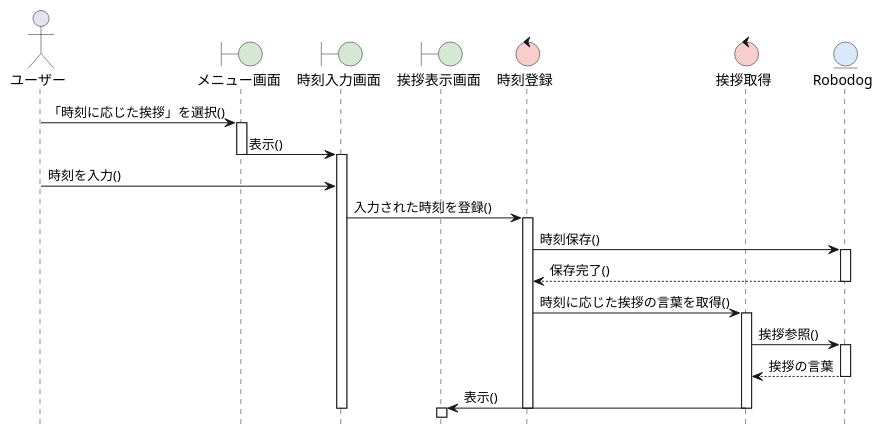
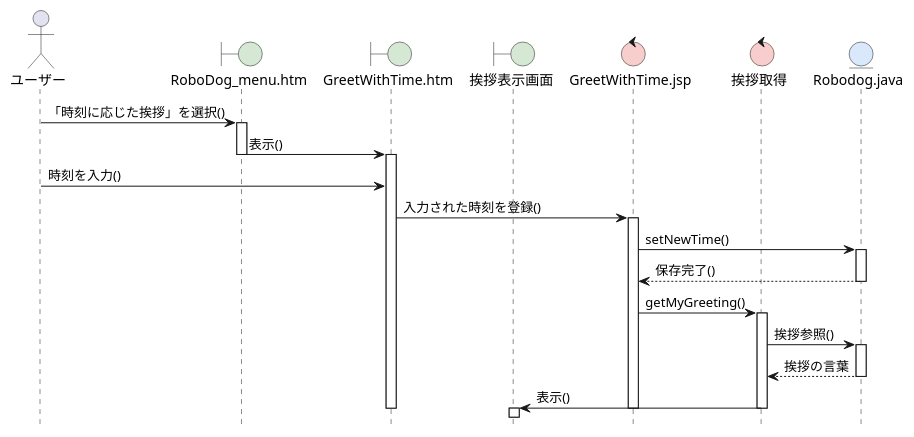
One commit to n4tuki/OharaUML changed the diagram in 9月16日_資料/9月16日_資料/06_robo_dog/sequence_02_greeting.pu. Above: the diagram before and after it, drawn with PlantUML. The commit also changed 7 other files, not shown here.

```diff
--- a/9月16日_資料/9月16日_資料/06_robo_dog/sequence_02_greeting.pu
+++ b/9月16日_資料/9月16日_資料/06_robo_dog/sequence_02_greeting.pu
@@ -1,44 +1,44 @@
 @startuml RoboDogシステム-時刻に応じた挨拶シーケンス図
 hide footbox
 skinparam boundaryBackgroundColor #D5E8D4
 skinparam controlBackgroundColor  #F8CECC
 skinparam entityBackgroundColor   #DAE8FC
 
 actor ユーザー as A
-boundary メニュー画面 as B1
-boundary 時刻入力画面 as B2
+boundary RoboDog_menu.htm as B1
+boundary GreetWithTime.htm as B2
 boundary 挨拶表示画面 as B3
-control 時刻登録 as C1
+control GreetWithTime.jsp as C1
 control 挨拶取得 as C2
-entity Robodog as E
+entity Robodog.java as E
 
 A -> B1: 「時刻に応じた挨拶」を選択()
 activate B1
 
 B1 -> B2: 表示()
 deactivate B1
 activate B2
 
 A -> B2: 時刻を入力()
 
 B2 -> C1: 入力された時刻を登録()
 activate C1
-C1 -> E: 時刻保存()
+C1 -> E: setNewTime()
 activate E
 E --> C1: 保存完了()
 deactivate E
 
-C1 -> C2: 時刻に応じた挨拶の言葉を取得()
+C1 -> C2: getMyGreeting()
 activate C2
 C2 -> E: 挨拶参照()
 activate E
 E --> C2: 挨拶の言葉
 deactivate E
 
 C2 -> B3: 表示()
 deactivate C2
 deactivate C1
 deactivate B2
 activate B3
 
 @enduml
```
